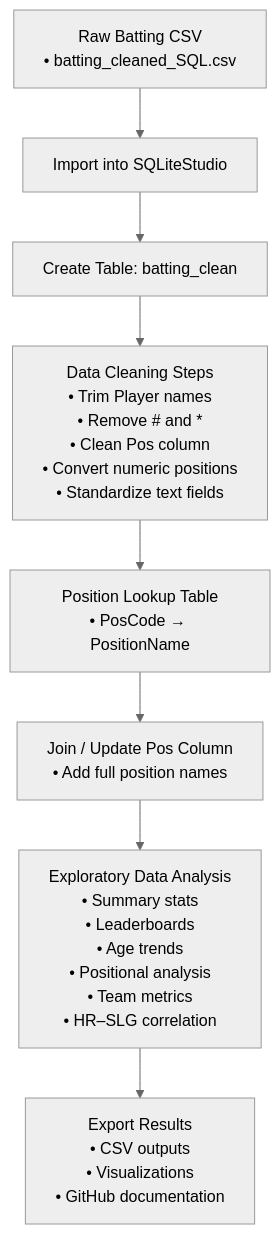
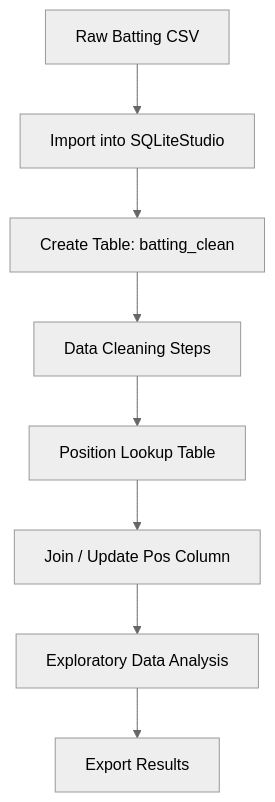
Before and after one commit to Michaelvidal305/MLB_Batting_stats: the diagram in README.md, drawn with Mermaid (neutral theme).

Commit message:
Simplify flowchart in README
Removed unnecessary details from the flowchart in the README.

````diff
--- a/README.md
+++ b/README.md
@@ -171,17 +171,11 @@
 ```mermaid
 flowchart TD
 
-    A[Raw Batting CSV<br>• batting_cleaned_SQL.csv] --> B[Import into SQLiteStudio]
-
+    A[Raw Batting CSV] --> B[Import into SQLiteStudio]
     B --> C[Create Table: batting_clean]
-
-    C --> D[Data Cleaning Steps<br>• Trim Player names<br>• Remove # and *<br>• Clean Pos column<br>• Convert numeric positions<br>• Standardize text fields]
-
-    D --> E[Position Lookup Table<br>• PosCode → PositionName]
-
-    E --> F[Join / Update Pos Column<br>• Add full position names]
-
-    F --> G[Exploratory Data Analysis<br>• Summary stats<br>• Leaderboards<br>• Age trends<br>• Positional analysis<br>• Team metrics<br>• HR–SLG correlation]
-
-    G --> H[Export Results<br>• CSV outputs<br>• Visualizations<br>• GitHub documentation]
+    C --> D[Data Cleaning Steps]
+    D --> E[Position Lookup Table]
+    E --> F[Join / Update Pos Column]
+    F --> G[Exploratory Data Analysis]
+    G --> H[Export Results]
 ```
````
